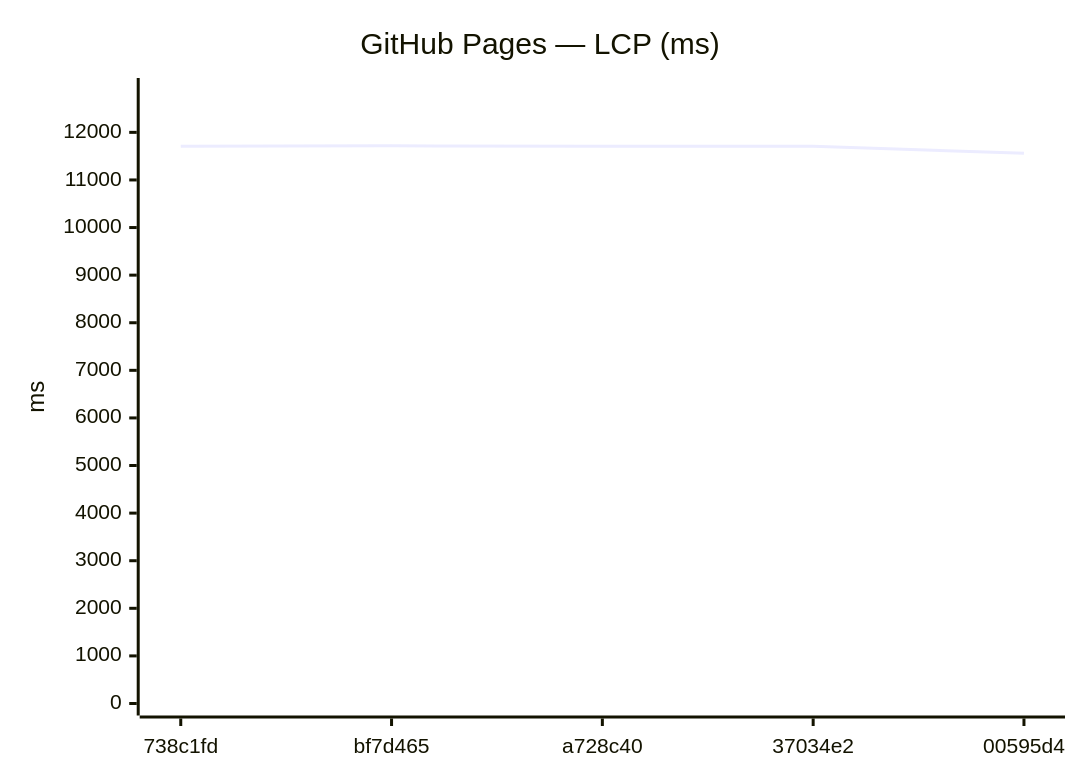
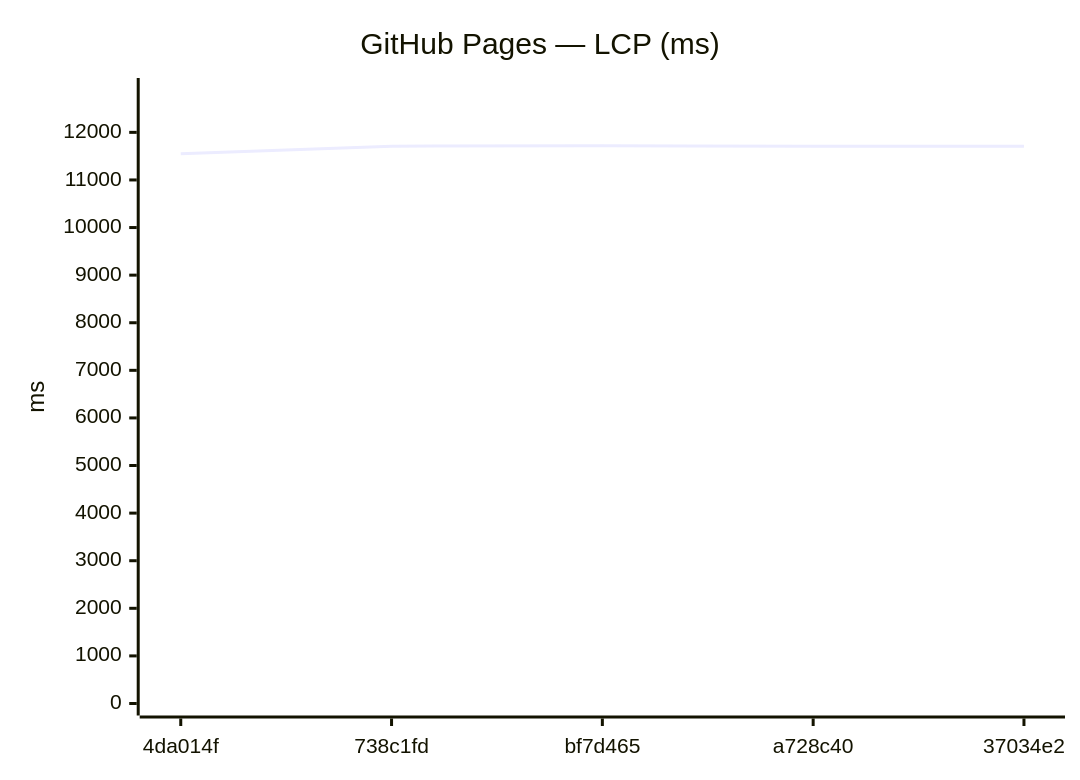
Before and after one commit to Metaheurist/Rianell: diagram 11 of 24 in benchmarks/compare.md, drawn with Mermaid. The commit also changed other lines of this file and 13 other files, not shown here.

````diff
--- a/benchmarks/compare.md
+++ b/benchmarks/compare.md
@@ -169,7 +169,7 @@
 ```mermaid
 xychart-beta
     title "GitHub Pages — LCP (ms)"
-    x-axis ["738c1fd", "bf7d465", "a728c40", "37034e2", "00595d4"]
+    x-axis ["4da014f", "738c1fd", "bf7d465", "a728c40", "37034e2"]
     y-axis "ms" 0 --> 12890
-    line [11710, 11718, 11707, 11710, 11560]
+    line [11548, 11710, 11718, 11707, 11710]
 ```
````
